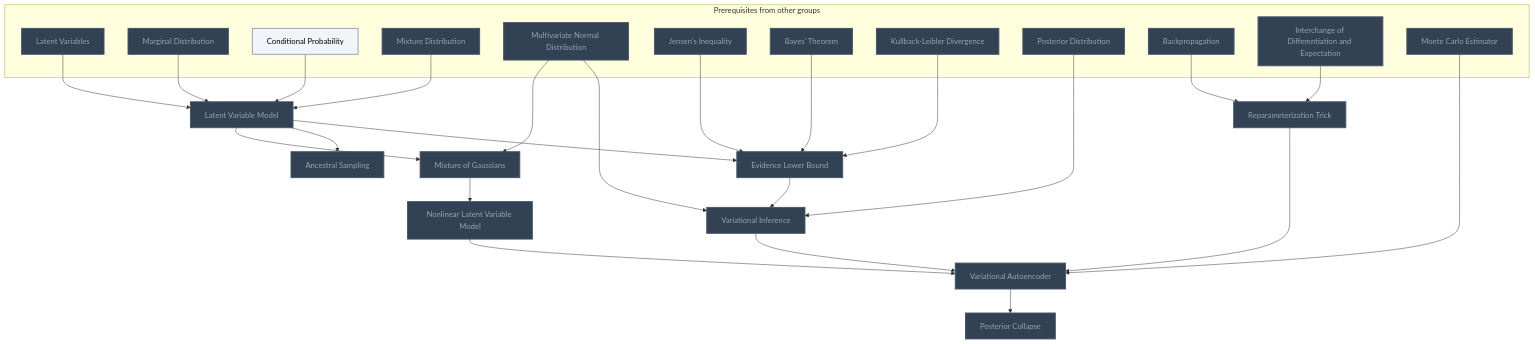
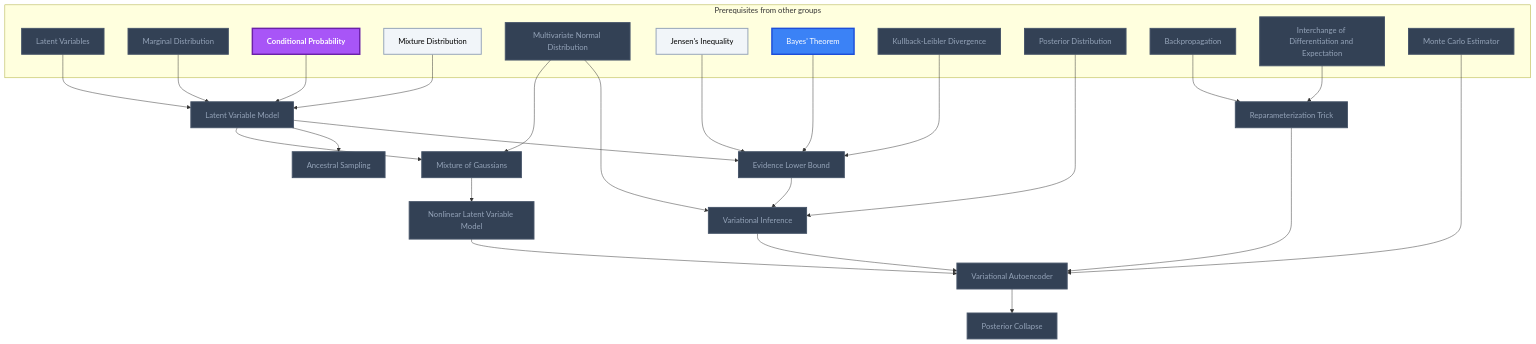
Diagram 16 of 21 in Gamification/Skill Trees/Deep Learning.md (MRauf1/My-Notes), drawn with Mermaid before and after one commit. The commit also changed other lines of this file and 145 other files, not shown here.

````diff
--- a/Gamification/Skill Trees/Deep Learning.md
+++ b/Gamification/Skill Trees/Deep Learning.md
@@ -942,60 +949,62 @@
 ```mermaid
 flowchart TD
     classDef planned fill:#1E293B,stroke:#64748B,stroke-width:2px,stroke-dasharray:5 5,color:#94A3B8;
     classDef locked fill:#334155,stroke:#475569,stroke-width:2px,color:#94A3B8;
     classDef L0 fill:#F1F5F9,stroke:#94A3B8,stroke-width:2px,color:#000000;
     classDef L1 fill:#22C55E,stroke:#15803D,stroke-width:2px,color:#000000;
     classDef L2 fill:#3B82F6,stroke:#1D4ED8,stroke-width:3px,color:#FFFFFF;
     classDef L3 fill:#A855F7,stroke:#6B21A8,stroke-width:3px,color:#FFFFFF,font-weight:bold;
     classDef L4 fill:#F97316,stroke:#C2410C,stroke-width:4px,color:#000000,font-weight:bold;
     classDef L5 fill:#FFD700,stroke:#FF8C00,stroke-width:5px,color:#000000,font-weight:bold;
     classDef rusty stroke:#8B4513,stroke-width:4px,stroke-dasharray:3 3;
     subgraph sg_prereqs["Prerequisites from other groups"]
         n_latent_variables["Latent Variables"]
         n_marginal_distribution["Marginal Distribution"]
         n_conditional_probability["Conditional Probability"]
         n_mixture_distribution["Mixture Distribution"]
         n_multivariate_normal_distribution["Multivariate Normal Distribution"]
         n_jensen_s_inequality["Jensen's Inequality"]
         n_bayes_theorem["Bayes' Theorem"]
         n_kullback_leibler_divergence["Kullback-Leibler Divergence"]
         n_posterior_distribution["Posterior Distribution"]
         n_backpropagation["Backpropagation"]
         n_interchange_of_differentiation_and_expectation["Interchange of Differentiation and Expectation"]
         n_monte_carlo_estimator["Monte Carlo Estimator"]
     end
     n_latent_variable_model["Latent Variable Model"]
     n_mixture_of_gaussians["Mixture of Gaussians"]
     n_nonlinear_latent_variable_model["Nonlinear Latent Variable Model"]
     n_ancestral_sampling["Ancestral Sampling"]
     n_evidence_lower_bound["Evidence Lower Bound"]
     n_variational_inference["Variational Inference"]
     n_reparameterization_trick["Reparameterization Trick"]
     n_variational_autoencoder["Variational Autoencoder"]
     n_posterior_collapse["Posterior Collapse"]
     n_latent_variables --> n_latent_variable_model
     n_marginal_distribution --> n_latent_variable_model
     n_conditional_probability --> n_latent_variable_model
     n_mixture_distribution --> n_latent_variable_model
     n_latent_variable_model --> n_mixture_of_gaussians
     n_multivariate_normal_distribution --> n_mixture_of_gaussians
     n_mixture_of_gaussians --> n_nonlinear_latent_variable_model
     n_latent_variable_model --> n_ancestral_sampling
     n_latent_variable_model --> n_evidence_lower_bound
     n_jensen_s_inequality --> n_evidence_lower_bound
     n_bayes_theorem --> n_evidence_lower_bound
     n_kullback_leibler_divergence --> n_evidence_lower_bound
     n_posterior_distribution --> n_variational_inference
     n_evidence_lower_bound --> n_variational_inference
     n_multivariate_normal_distribution --> n_variational_inference
     n_backpropagation --> n_reparameterization_trick
     n_interchange_of_differentiation_and_expectation --> n_reparameterization_trick
     n_nonlinear_latent_variable_model --> n_variational_autoencoder
     n_variational_inference --> n_variational_autoencoder
     n_reparameterization_trick --> n_variational_autoencoder
     n_monte_carlo_estimator --> n_variational_autoencoder
     n_variational_autoencoder --> n_posterior_collapse
-    class n_latent_variables,n_marginal_distribution,n_mixture_distribution,n_multivariate_normal_distribution,n_jensen_s_inequality,n_bayes_theorem,n_kullback_leibler_divergence,n_posterior_distribution,n_backpropagation,n_interchange_of_differentiation_and_expectation,n_monte_carlo_estimator,n_latent_variable_model,n_mixture_of_gaussians,n_nonlinear_latent_variable_model,n_ancestral_sampling,n_evidence_lower_bound,n_variational_inference,n_reparameterization_trick,n_variational_autoencoder,n_posterior_collapse locked;
-    class n_conditional_probability L0;
+    class n_latent_variables,n_marginal_distribution,n_multivariate_normal_distribution,n_kullback_leibler_divergence,n_posterior_distribution,n_backpropagation,n_interchange_of_differentiation_and_expectation,n_monte_carlo_estimator,n_latent_variable_model,n_mixture_of_gaussians,n_nonlinear_latent_variable_model,n_ancestral_sampling,n_evidence_lower_bound,n_variational_inference,n_reparameterization_trick,n_variational_autoencoder,n_posterior_collapse locked;
+    class n_mixture_distribution,n_jensen_s_inequality L0;
+    class n_bayes_theorem L2;
+    class n_conditional_probability L3;
     class n_latent_variables,n_marginal_distribution,n_conditional_probability,n_mixture_distribution,n_multivariate_normal_distribution,n_jensen_s_inequality,n_bayes_theorem,n_kullback_leibler_divergence,n_posterior_distribution,n_backpropagation,n_interchange_of_differentiation_and_expectation,n_monte_carlo_estimator,n_latent_variable_model,n_mixture_of_gaussians,n_nonlinear_latent_variable_model,n_ancestral_sampling,n_evidence_lower_bound,n_variational_inference,n_reparameterization_trick,n_variational_autoencoder,n_posterior_collapse internal-link;
 ```
````
